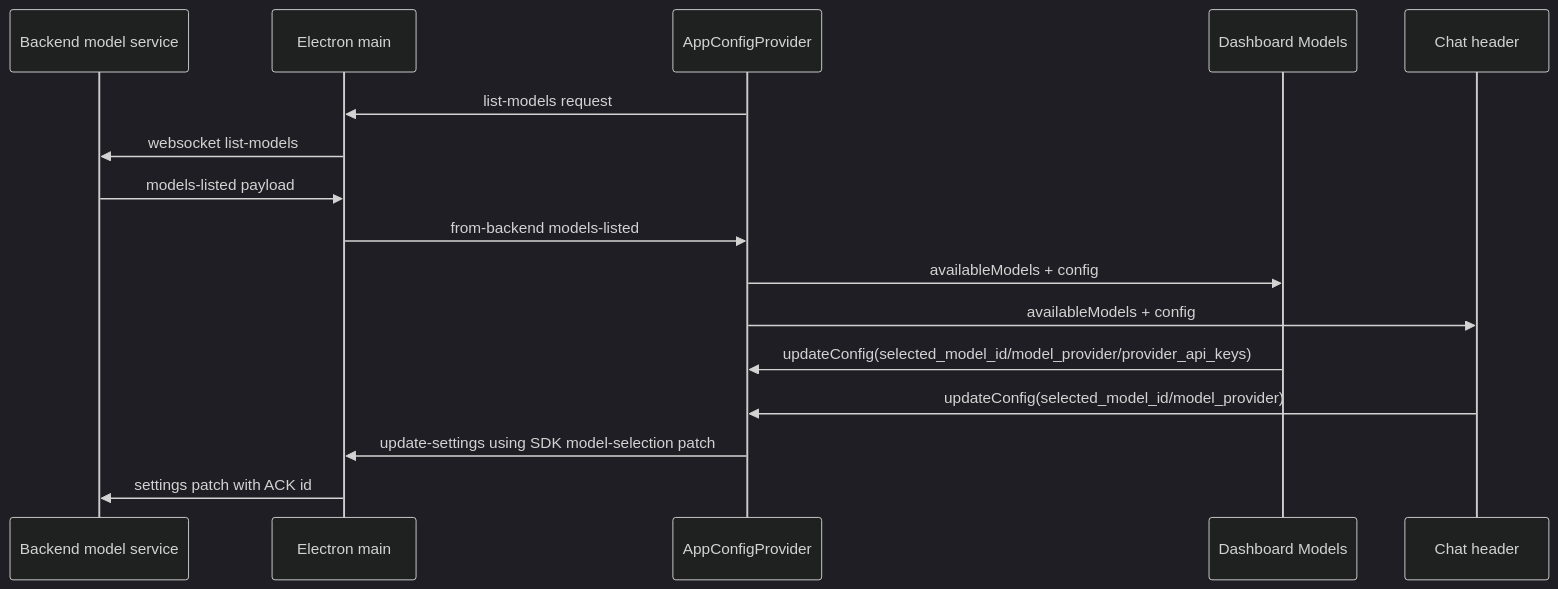
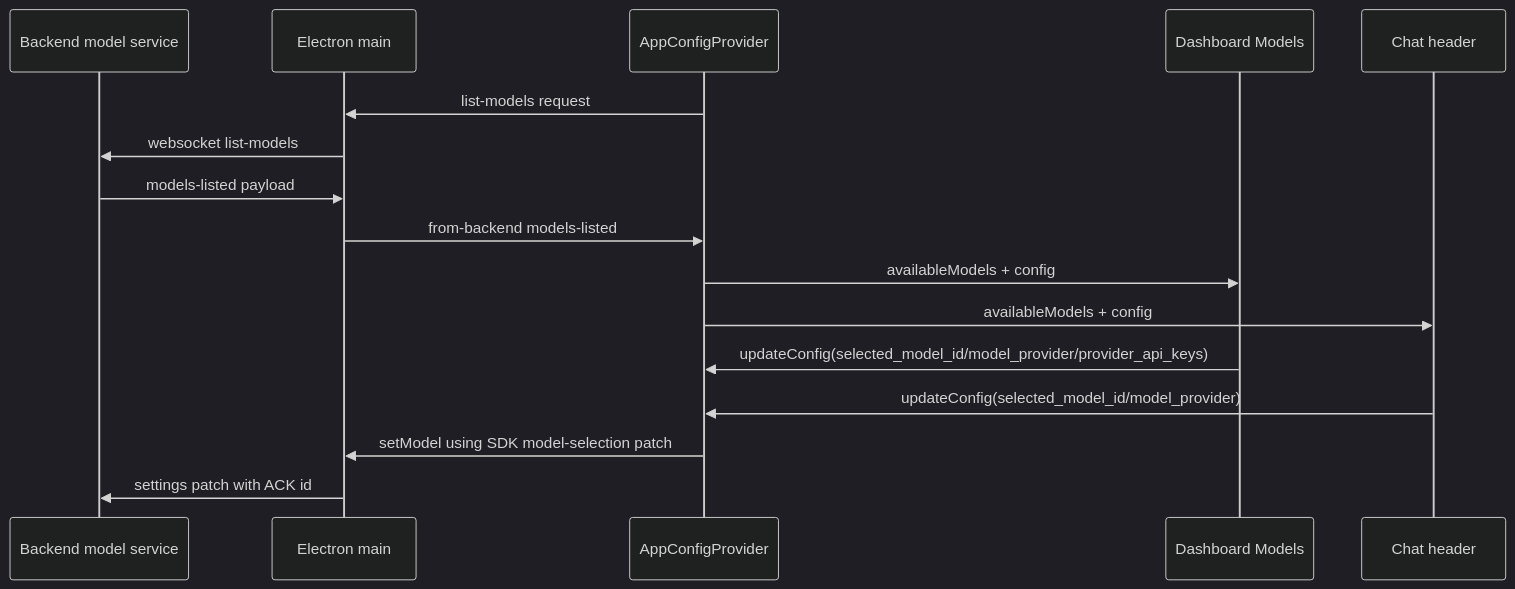
One commit to buiilding/My_Own_OpenClaw changed the diagram in docs/frontend/renderer/settings/model_settings_change_workflow.md. Above: the diagram before and after it, drawn with Mermaid (dark theme). The commit also changed other lines of this file and 6 other files, not shown here.

Commit message:
docs(frontend-sdk): document model set api path

````diff
--- a/docs/frontend/renderer/settings/model_settings_change_workflow.md
+++ b/docs/frontend/renderer/settings/model_settings_change_workflow.md
@@ -52,19 +52,19 @@
 ```mermaid
 sequenceDiagram
     participant Backend as Backend model service
     participant Main as Electron main
     participant Provider as AppConfigProvider
     participant Dashboard as Dashboard Models
     participant Chat as Chat header
 
     Provider->>Main: list-models request
     Main->>Backend: websocket list-models
     Backend->>Main: models-listed payload
     Main->>Provider: from-backend models-listed
     Provider->>Dashboard: availableModels + config
     Provider->>Chat: availableModels + config
     Dashboard->>Provider: updateConfig(selected_model_id/model_provider/provider_api_keys)
     Chat->>Provider: updateConfig(selected_model_id/model_provider)
-    Provider->>Main: update-settings using SDK model-selection patch
+    Provider->>Main: setModel using SDK model-selection patch
     Main->>Backend: settings patch with ACK id
 ```
````
